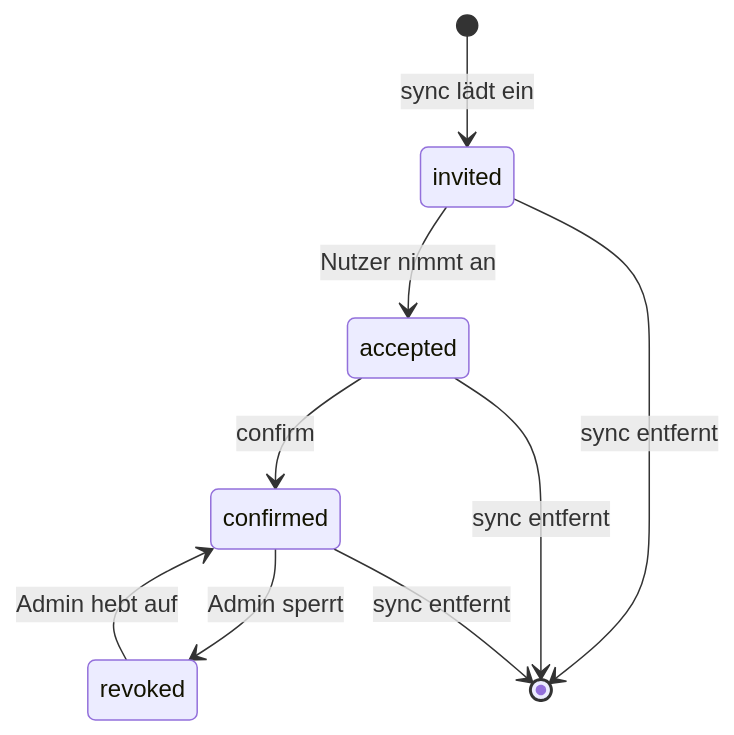
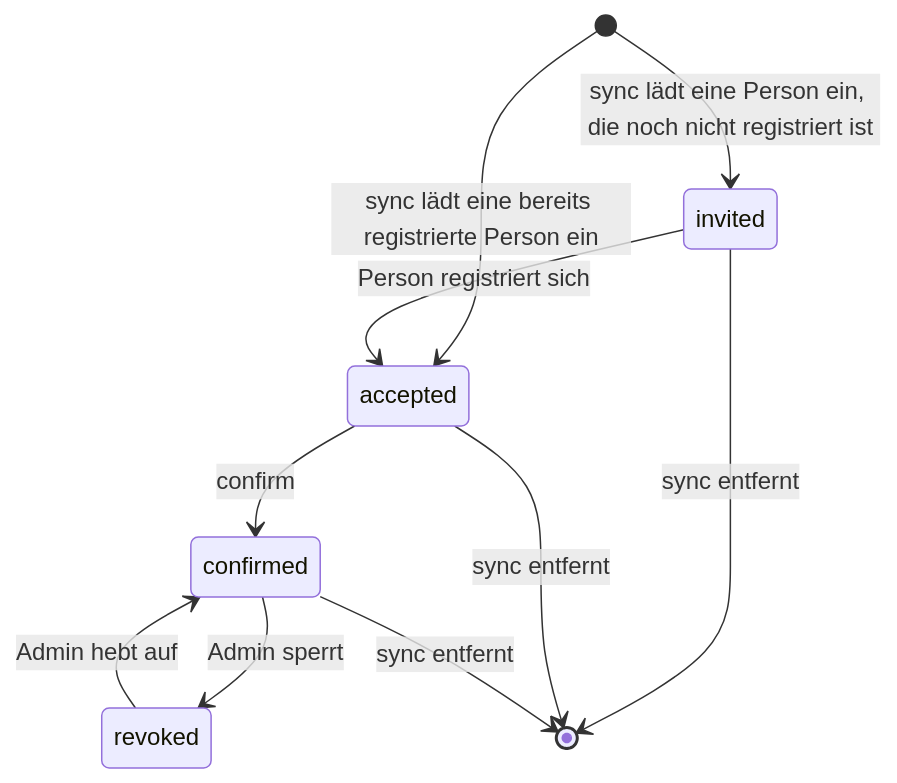
The third of 4 diagrams in README.md (WhiteCoale/vwsync-api), drawn with Mermaid before and after one commit. The commit also changed other lines of this file and 42 other files, not shown here.

````diff
--- a/README.md
+++ b/README.md
@@ -82,11 +103,12 @@
 ```mermaid
 stateDiagram-v2
-    [*] --> invited: sync lädt ein
-    invited --> accepted: Nutzer nimmt an
+    [*] --> invited: sync lädt eine Person ein, die noch nicht registriert ist
+    [*] --> accepted: sync lädt eine bereits registrierte Person ein
+    invited --> accepted: Person registriert sich
     accepted --> confirmed: confirm
     confirmed --> revoked: Admin sperrt
     revoked --> confirmed: Admin hebt auf
     invited --> [*]: sync entfernt
     accepted --> [*]: sync entfernt
     confirmed --> [*]: sync entfernt
 ```
````
